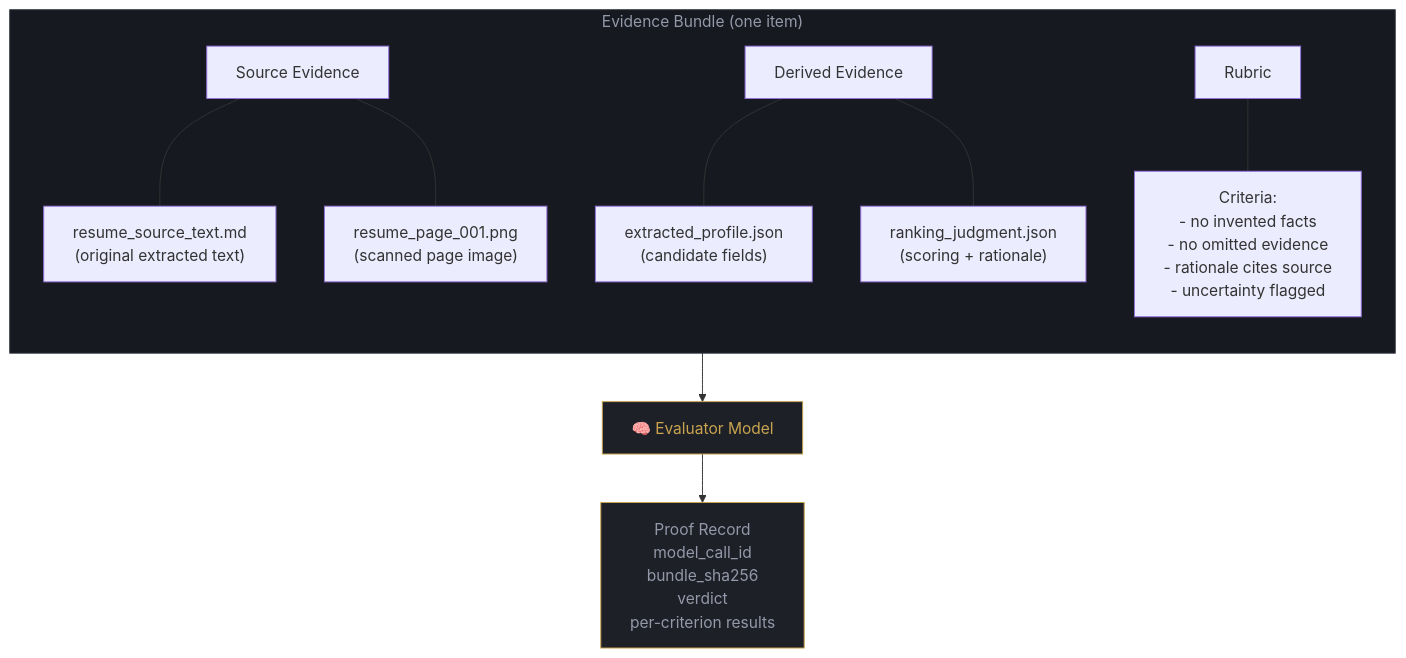
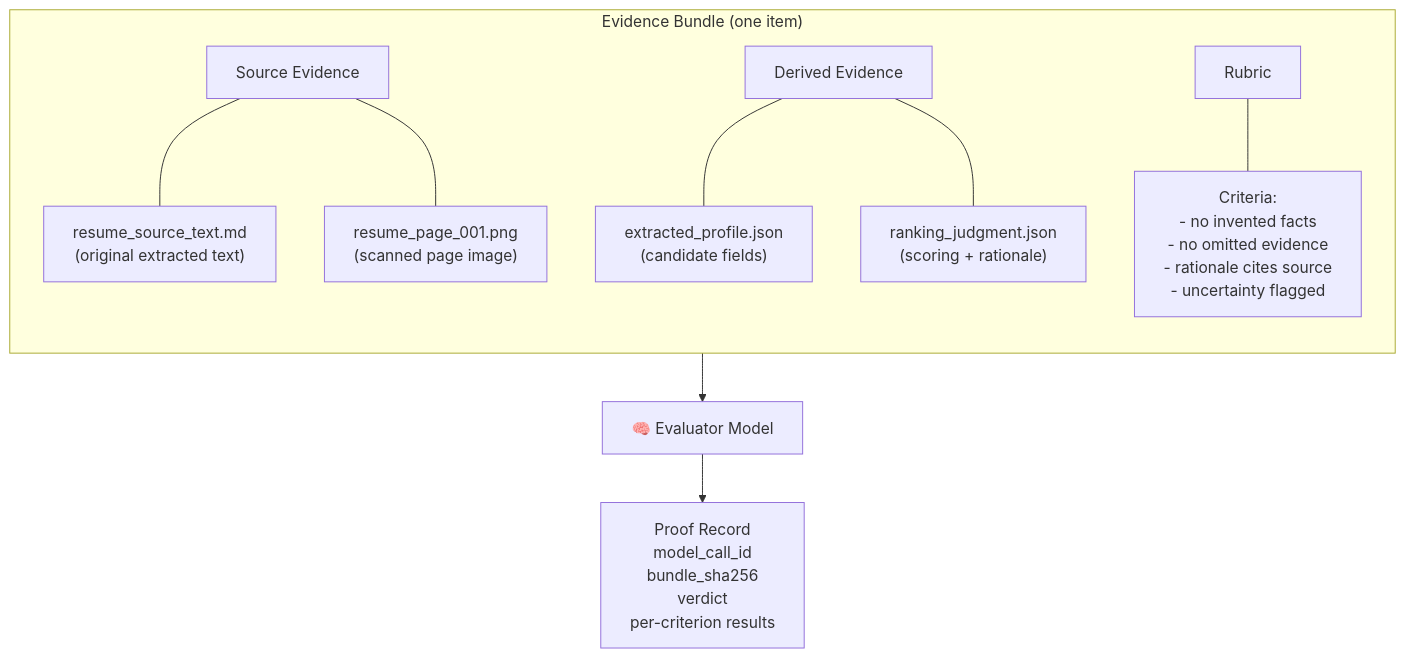
Before and after one commit to amadalis-ai/forge-architecture: the tenth of 10 diagrams in docs/diagrams-draft.md, drawn with Mermaid. The commit also changed other lines of this file, not shown here.

Commit message:
Remove custom dark styling from diagrams — use GitHub default theme for visibility

````diff
--- a/docs/diagrams-draft.md
+++ b/docs/diagrams-draft.md
@@ -364,27 +319,23 @@
 ```mermaid
 flowchart TB
     subgraph BUNDLE["Evidence Bundle (one item)"]
         direction TB
         SRC["Source Evidence"]
         DRV["Derived Evidence"]
         RUB["Rubric"]
 
         SRC --- S1["resume_source_text.md\n(original extracted text)"]
         SRC --- S2["resume_page_001.png\n(scanned page image)"]
 
         DRV --- D1["extracted_profile.json\n(candidate fields)"]
         DRV --- D2["ranking_judgment.json\n(scoring + rationale)"]
 
         RUB --- R1["Criteria:\n- no invented facts\n- no omitted evidence\n- rationale cites source\n- uncertainty flagged"]
     end
 
     EVAL["🧠 Evaluator Model"]
     PROOF["Proof Record\nmodel_call_id\nbundle_sha256\nverdict\nper-criterion results"]
 
     BUNDLE --> EVAL
     EVAL --> PROOF
-
-    style BUNDLE fill:#161920,stroke:#2a2d38,color:#9498a8
-    style EVAL fill:#1e2028,stroke:#c8a44e,color:#c8a44e
-    style PROOF fill:#1e2028,stroke:#c8a44e,color:#9498a8
 ```
````
